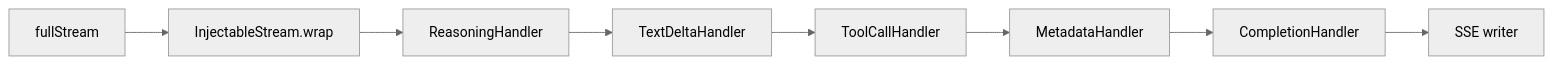
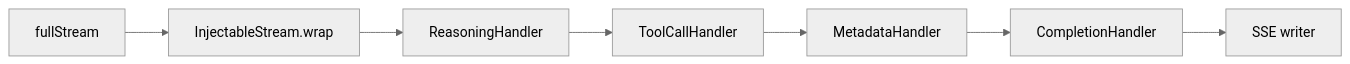
One commit to kontourai/station changed the seventh of 7 diagrams in docs/architecture.md. Above: the diagram before and after it, drawn with Mermaid (neutral theme). The commit also changed other lines of this file and 39 other files, not shown here.

````diff
--- a/docs/architecture.md
+++ b/docs/architecture.md
@@ -334,10 +424,9 @@
 ```mermaid
 graph LR
     FS[fullStream] --> IS[InjectableStream.wrap]
     IS --> RH[ReasoningHandler]
-    RH --> TDH[TextDeltaHandler]
-    TDH --> TCH[ToolCallHandler]
+    RH --> TCH[ToolCallHandler]
     TCH --> MH[MetadataHandler]
     MH --> CH[CompletionHandler]
     CH --> SSE[SSE writer]
 ```
````
